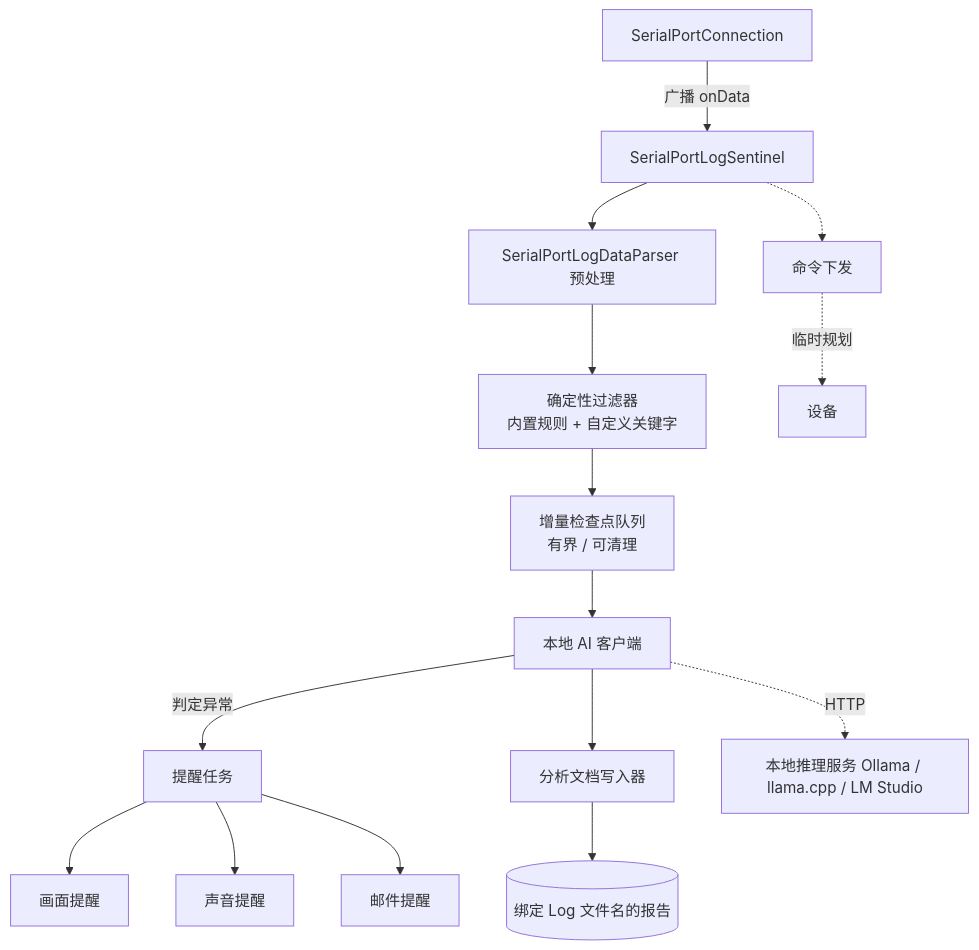
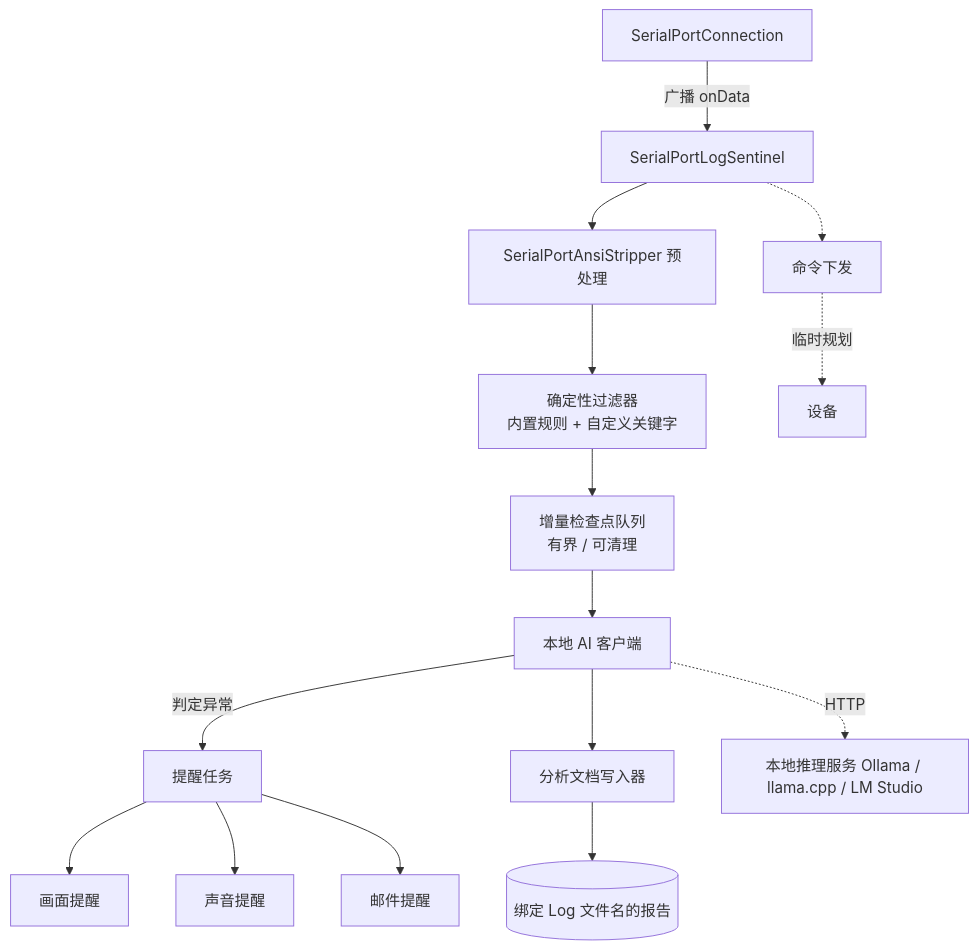
Before and after one commit to ziqiang-zhu/vscode-serial-port-terminal: the first of 2 diagrams in doc/SerialPortLogSentinel规划.md, drawn with Mermaid. The commit also changed other lines of this file and 15 other files, not shown here.

````diff
--- a/doc/SerialPortLogSentinel规划.md
+++ b/doc/SerialPortLogSentinel规划.md
@@ -24,17 +24,17 @@
 ```mermaid
 graph TD
     Conn[SerialPortConnection] -->|广播 onData| Sentinel[SerialPortLogSentinel]
-    Sentinel --> Parser[SerialPortLogDataParser 预处理]
+    Sentinel --> Parser[SerialPortAnsiStripper 预处理]
     Parser --> Filter[确定性过滤器<br/>内置规则 + 自定义关键字]
     Filter --> Checkpoint[增量检查点队列<br/>有界 / 可清理]
     Checkpoint --> AIClient[本地 AI 客户端]
     AIClient -->|判定异常| Tasks[提醒任务]
     Tasks --> Screen[画面提醒]
     Tasks --> Sound[声音提醒]
     Tasks --> Email[邮件提醒]
     AIClient --> Report[分析文档写入器]
     Report --> File[(绑定 Log 文件名的报告)]
     AIClient -.->|HTTP| LocalModel[本地推理服务 Ollama / llama.cpp / LM Studio]
     Cmd[命令下发] -.->|临时规划| Device[设备]
     Sentinel -.-> Cmd
 ```
````
